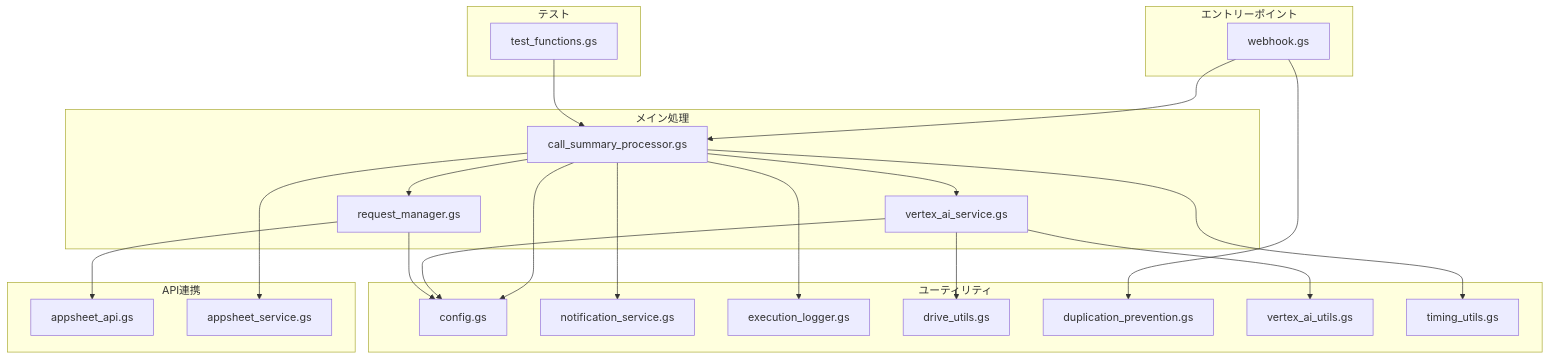
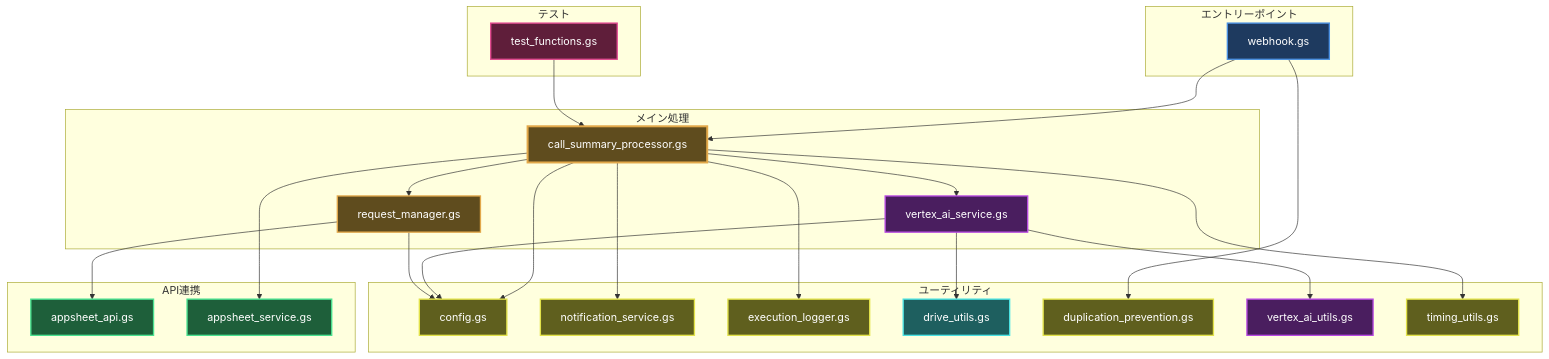
The diagram in gas_projects/Appsheet_通話_要約生成/SCRIPT_ARCHITECTURE.md (tasai-lab/appsheet-gas-automation), drawn with Mermaid before and after one commit. The commit also changed other lines of this file and 4 other files, not shown here.

First line of the commit message:
docs: 全ての図に配色ガイドライン準拠の配色を適用

````diff
--- a/gas_projects/Appsheet_通話_要約生成/SCRIPT_ARCHITECTURE.md
+++ b/gas_projects/Appsheet_通話_要約生成/SCRIPT_ARCHITECTURE.md
@@ -9,48 +11,64 @@
 ```mermaid
 graph TB
     subgraph "エントリーポイント"
         A[webhook.gs]
     end
     
     subgraph "メイン処理"
         B[call_summary_processor.gs]
         C[vertex_ai_service.gs]
         D[request_manager.gs]
     end
     
     subgraph "API連携"
         E[appsheet_api.gs]
         F[appsheet_service.gs]
     end
     
     subgraph "ユーティリティ"
         G[config.gs]
         H[notification_service.gs]
         I[execution_logger.gs]
         J[drive_utils.gs]
         K[duplication_prevention.gs]
         L[vertex_ai_utils.gs]
         M[timing_utils.gs]
     end
     
     subgraph "テスト"
         N[test_functions.gs]
     end
     
     A --> B
     B --> C
     B --> D
     B --> F
     B --> I
     D --> E
     C --> J
     C --> L
     B --> H
     A --> K
     B --> M
     N --> B
     
     B --> G
     C --> G
     D --> G
+    
+    %% スタイル定義（ダークモード対応）
+    style A fill:#1e3a5f,stroke:#4a90e2,stroke-width:2px,color:#fff
+    style B fill:#5f4c1e,stroke:#e2a84a,stroke-width:3px,color:#fff
+    style C fill:#4a1e5f,stroke:#b84ae2,stroke-width:2px,color:#fff
+    style D fill:#5f4c1e,stroke:#e2a84a,stroke-width:2px,color:#fff
+    style E fill:#1e5f3a,stroke:#4ae290,stroke-width:2px,color:#fff
+    style F fill:#1e5f3a,stroke:#4ae290,stroke-width:2px,color:#fff
+    style G fill:#5f5f1e,stroke:#e2e24a,stroke-width:2px,color:#fff
+    style H fill:#5f5f1e,stroke:#e2e24a,stroke-width:2px,color:#fff
+    style I fill:#5f5f1e,stroke:#e2e24a,stroke-width:2px,color:#fff
+    style J fill:#1e5f5f,stroke:#4ae2e2,stroke-width:2px,color:#fff
+    style K fill:#5f5f1e,stroke:#e2e24a,stroke-width:2px,color:#fff
+    style L fill:#4a1e5f,stroke:#b84ae2,stroke-width:2px,color:#fff
+    style M fill:#5f5f1e,stroke:#e2e24a,stroke-width:2px,color:#fff
+    style N fill:#5f1e3a,stroke:#e24a90,stroke-width:2px,color:#fff
 ```
````
